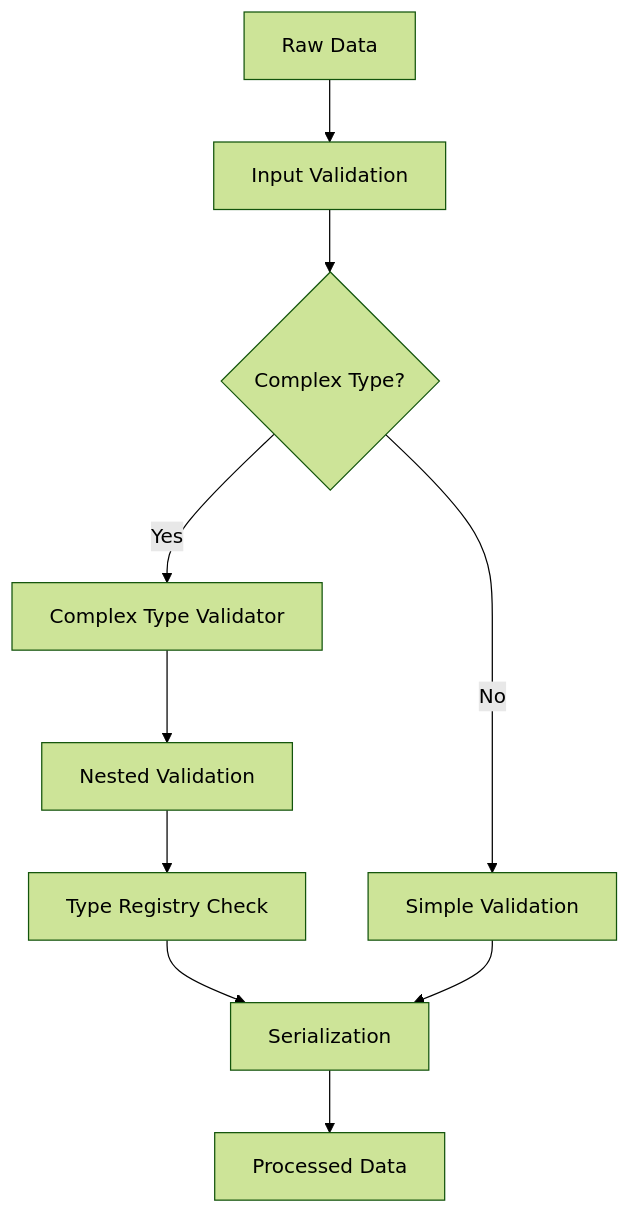
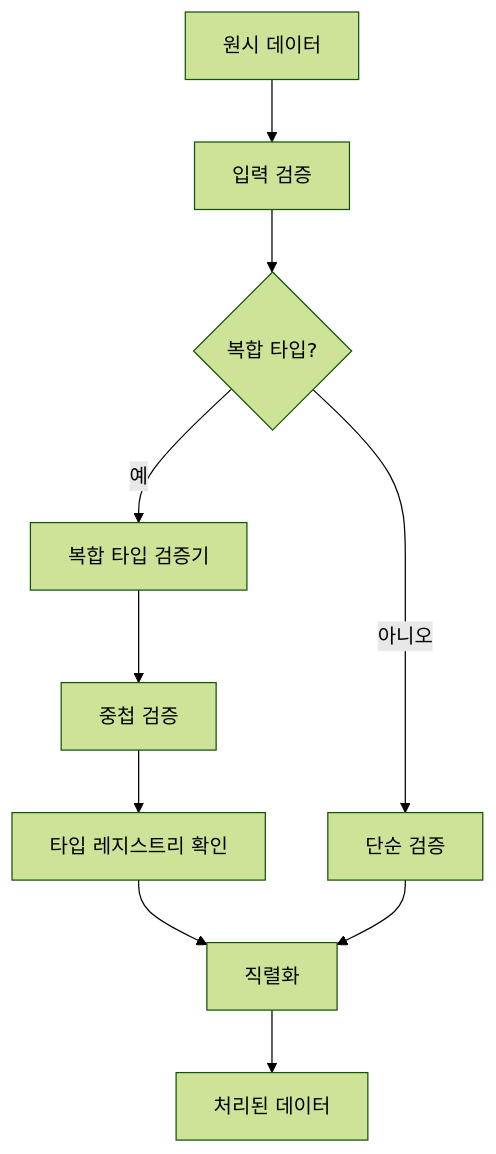
The second of 3 diagrams in docs/DETAILED_ARCHITECTURE.md (ludia8888/SPICE-Harvester), drawn with Mermaid (forest theme) before and after one commit. The commit also changed other lines of this file and 331 other files, not shown here.

````diff
--- a/docs/DETAILED_ARCHITECTURE.md
+++ b/docs/DETAILED_ARCHITECTURE.md
@@ -134,12 +188,12 @@
 ```mermaid
 graph TD
-    A[Raw Data] --> B[Input Validation]
-    B --> C{Complex Type?}
-    C -->|Yes| D[Complex Type Validator]
-    C -->|No| E[Simple Validation]
-    D --> F[Nested Validation]
-    F --> G[Type Registry Check]
-    G --> H[Serialization]
+    A[원시 데이터] --> B[입력 검증]
+    B --> C{복합 타입?}
+    C -->|예| D[복합 타입 검증기]
+    C -->|아니오| E[단순 검증]
+    D --> F[중첩 검증]
+    F --> G[타입 레지스트리 확인]
+    G --> H[직렬화]
     E --> H
-    H --> I[Processed Data]
+    H --> I[처리된 데이터]
 ```
````
